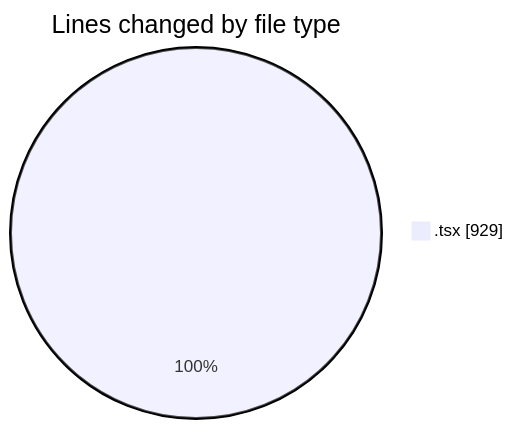
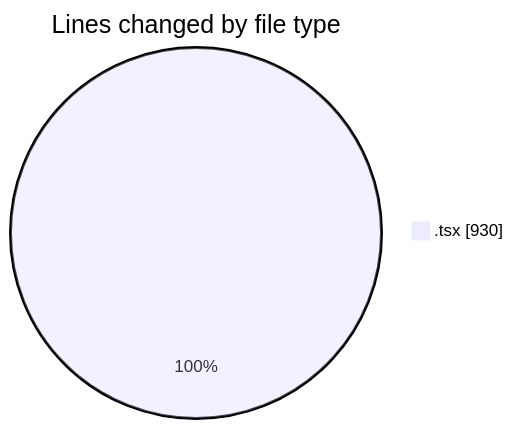
One commit to nxtqubesakshisongat/code-tracking changed the first of 2 diagrams in 2026-04-26/nxtqube_webapp/README.md. Above: the diagram before and after it, drawn with Mermaid. The commit also changed other lines of this file and 1 other file, not shown here.

````diff
--- a/2026-04-26/nxtqube_webapp/README.md
+++ b/2026-04-26/nxtqube_webapp/README.md
@@ -20,5 +20,5 @@
 ```mermaid
 pie showData
 title Lines changed by file type
-".tsx" : 929
+".tsx" : 930
 ```
````
